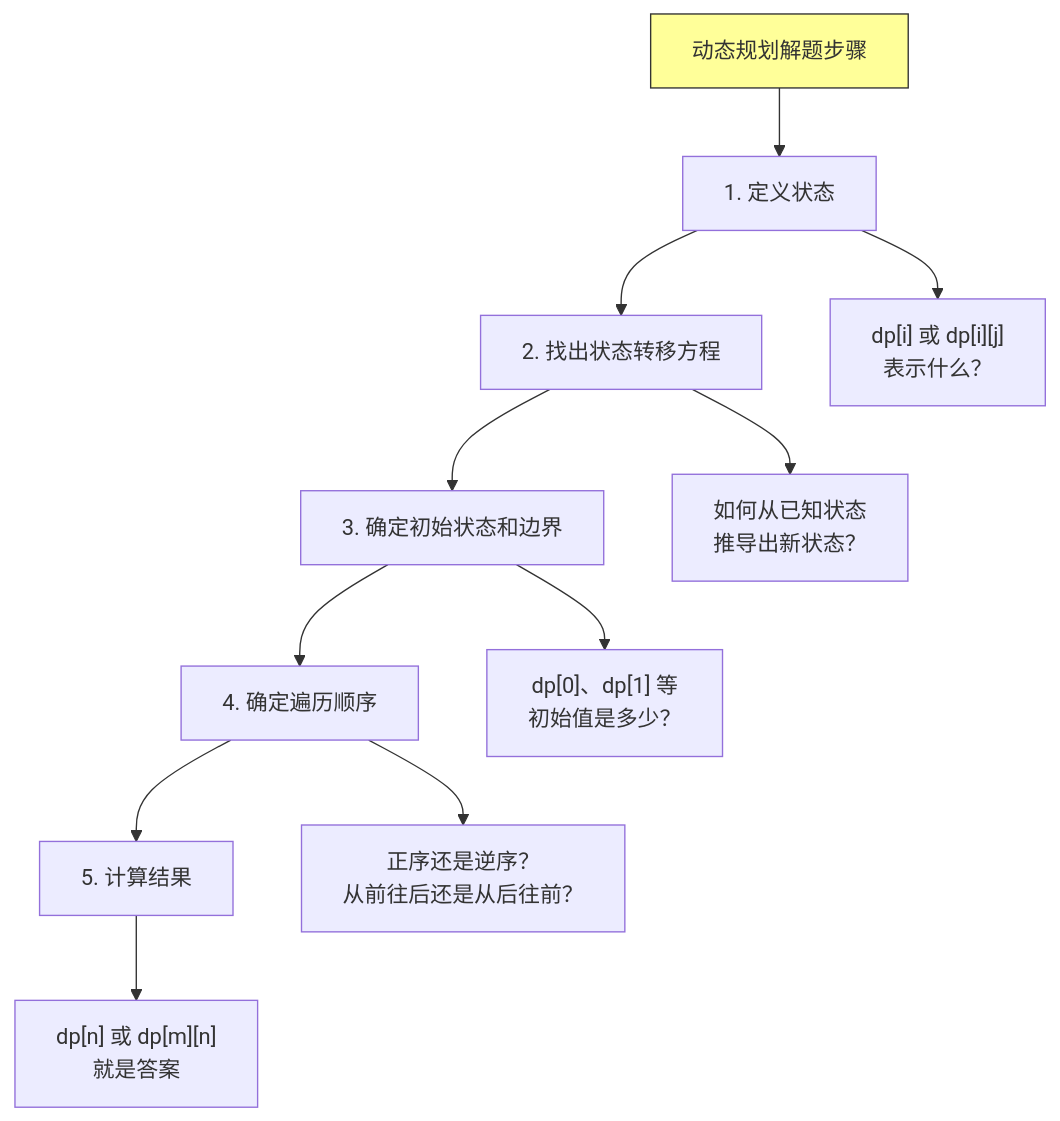
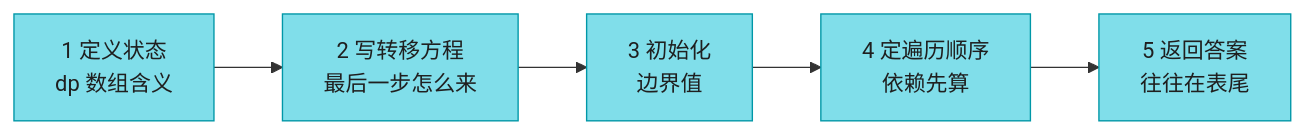
One commit to socoo123/book_reading changed the tenth of 11 diagrams in IntroductionToAlgorithms/Chapter14_动态规划_深度版.md. Above: the diagram before and after it, drawn with Mermaid. The commit also changed other lines of this file and 30 other files, not shown here.

````diff
--- a/IntroductionToAlgorithms/Chapter14_动态规划_深度版.md
+++ b/IntroductionToAlgorithms/Chapter14_动态规划_深度版.md
@@ -1132,16 +1382,10 @@
 ```mermaid
-flowchart TD
-    A["动态规划解题步骤"] --> B["1. 定义状态"]
-    B --> C["2. 找出状态转移方程"]
-    C --> D["3. 确定初始状态和边界"]
-    D --> E["4. 确定遍历顺序"]
-    E --> F["5. 计算结果"]
+flowchart LR
+    s1["1 定义状态<br/>dp 数组含义"] --> s2["2 写转移方程<br/>最后一步怎么来"]
+    s2 --> s3["3 初始化<br/>边界值"]
+    s3 --> s4["4 定遍历顺序<br/>依赖先算"]
+    s4 --> s5["5 返回答案<br/>往往在表尾"]
 
-    B --> B1["dp[i] 或 dp[i][j]<br/>表示什么？"]
-    C --> C1["如何从已知状态<br/>推导出新状态？"]
-    D --> D1["dp[0]、dp[1] 等<br/>初始值是多少？"]
-    E --> E1["正序还是逆序？<br/>从前往后还是从后往前？"]
-    F --> F1["dp[n] 或 dp[m][n]<br/>就是答案"]
-
-    style A fill:#ffff99,stroke:#333
+    classDef step fill:#80DEEA,stroke:#0097A7,color:#1f1f1f
+    class s1,s2,s3,s4,s5 step
 ```
````
